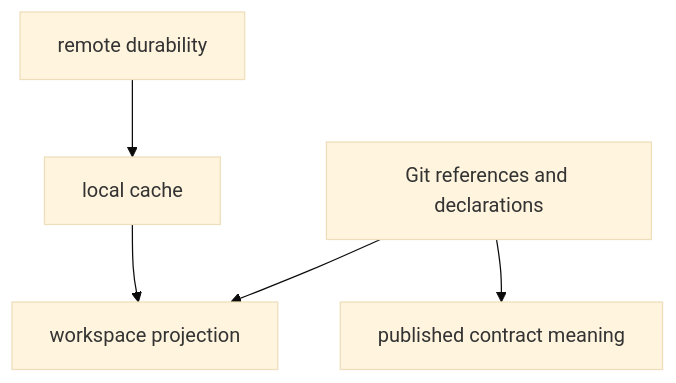
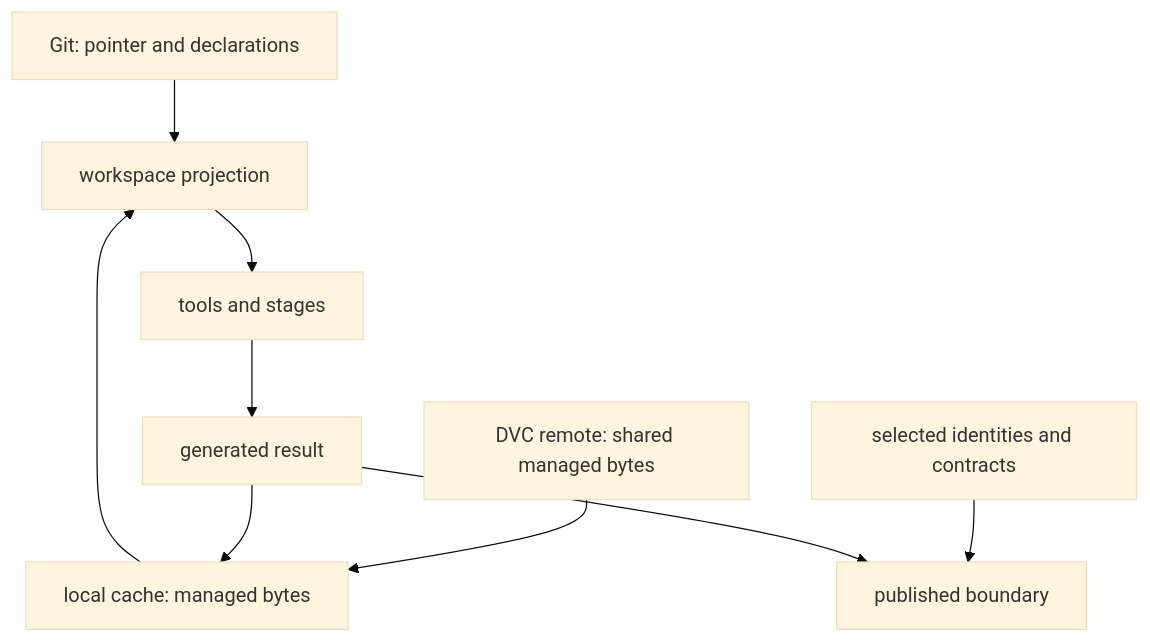
The third of 3 diagrams in programs/reproducible-research/deep-dive-dvc/course-book/module-02-data-identity-content-addressing/workspace-git-cache-remote-and-published-state.md (bijux/bijux-masterclass), drawn with Mermaid (base theme) before and after one commit. The commit also changed other lines of this file, not shown here.

Commit message:
docs(dvc): map authority across data state layers

````diff
--- a/programs/reproducible-research/deep-dive-dvc/course-book/module-02-data-identity-content-addressing/workspace-git-cache-remote-and-published-state.md
+++ b/programs/reproducible-research/deep-dive-dvc/course-book/module-02-data-identity-content-addressing/workspace-git-cache-remote-and-published-state.md
@@ -49,7 +45,11 @@
 ```mermaid
 flowchart TD
-  remote["remote durability"] --> cache["local cache"]
-  cache --> workspace["workspace projection"]
-  git["Git references and declarations"] --> workspace
-  git --> publish["published contract meaning"]
+  git["Git: pointer and declarations"] --> workspace["workspace projection"]
+  cache["local cache: managed bytes"] --> workspace
+  remote["DVC remote: shared managed bytes"] --> cache
+  workspace --> pipeline["tools and stages"]
+  pipeline --> result["generated result"]
+  result --> cache
+  selected["selected identities and contracts"] --> published["published boundary"]
+  result --> published
 ```
````
